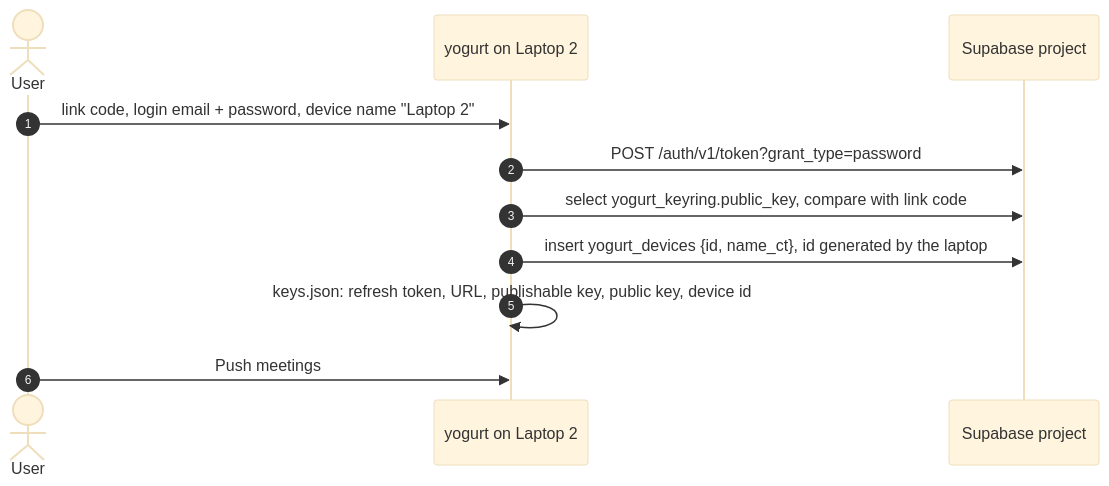
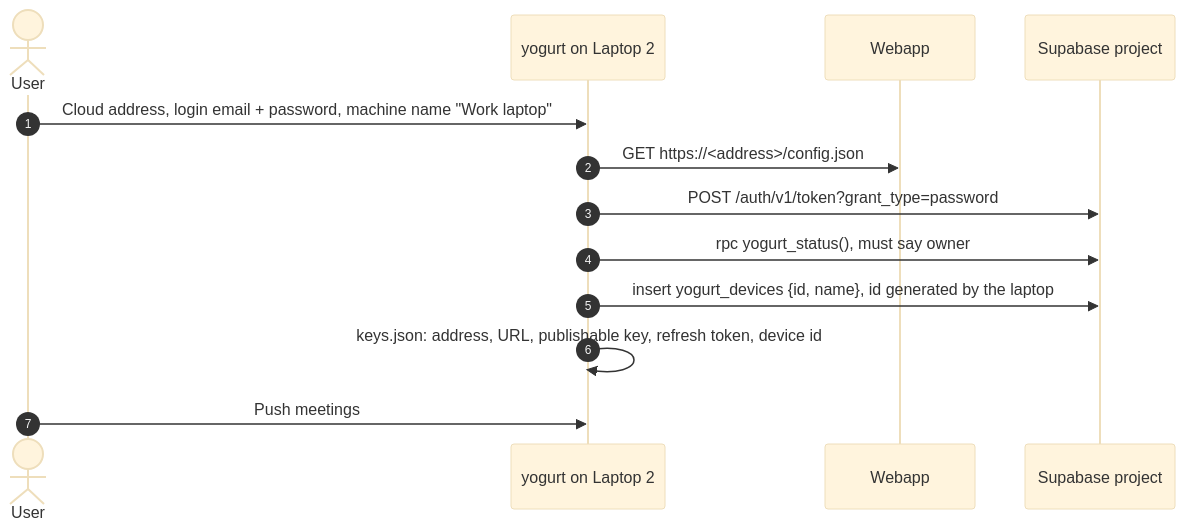
The fourth of 5 diagrams in docs/.planning/sync-cloud-mirror-design.md (jarvisrchen/yogurt), drawn with Mermaid (base theme) before and after one commit. The commit also changed other lines of this file and 3 other files, not shown here.

````diff
--- a/docs/.planning/sync-cloud-mirror-design.md
+++ b/docs/.planning/sync-cloud-mirror-design.md
@@ -301,14 +155,16 @@
 ```mermaid
 sequenceDiagram
   autonumber
   actor U as User
   participant Y as yogurt on Laptop 2
+  participant V as Webapp
   participant P as Supabase project
 
-  U->>Y: link code, login email + password, device name "Laptop 2"
+  U->>Y: Cloud address, login email + password, machine name "Work laptop"
+  Y->>V: GET https://<address>/config.json
   Y->>P: POST /auth/v1/token?grant_type=password
-  Y->>P: select yogurt_keyring.public_key, compare with link code
-  Y->>P: insert yogurt_devices {id, name_ct}, id generated by the laptop
-  Y->>Y: keys.json: refresh token, URL, publishable key, public key, device id
+  Y->>P: rpc yogurt_status(), must say owner
+  Y->>P: insert yogurt_devices {id, name}, id generated by the laptop
+  Y->>Y: keys.json: address, URL, publishable key, refresh token, device id
   U->>Y: Push meetings
 ```
````
